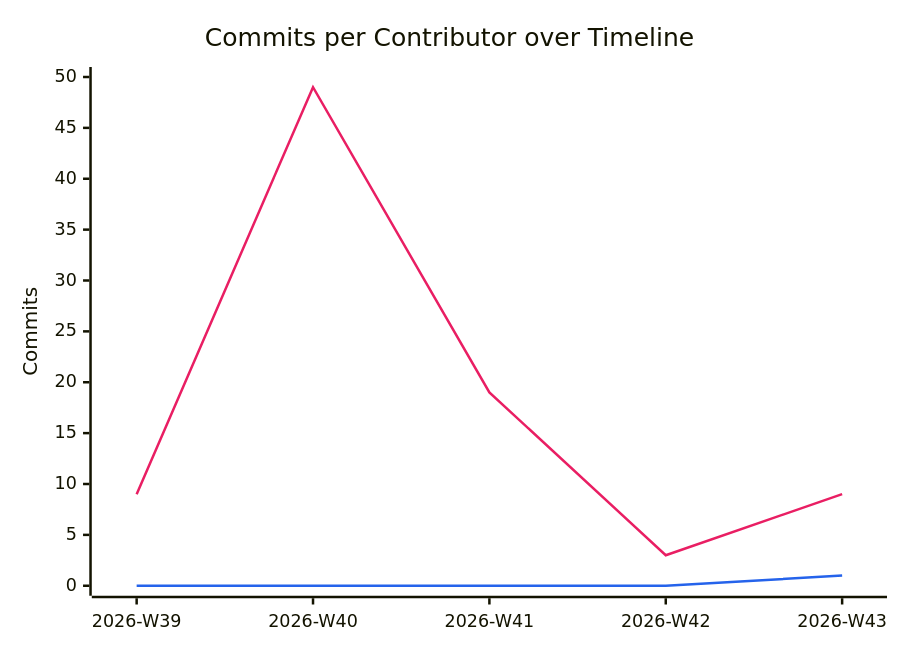
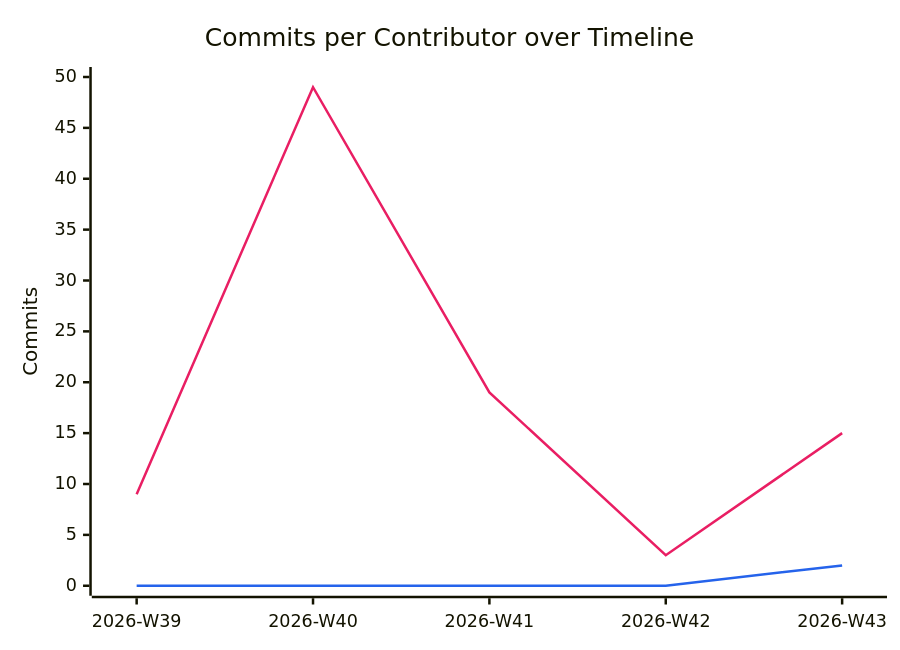
Before and after one commit to BeyondMagic/wisp: the diagram in documentation/snippets/management/commit-velocity.mmd, drawn with Mermaid. The commit also changed 2 other files, not shown here.

```diff
--- a/documentation/snippets/management/commit-velocity.mmd
+++ b/documentation/snippets/management/commit-velocity.mmd
@@ -1,7 +1,7 @@
 %%{init: {"themeVariables": {"xyChart": {"plotColorPalette": "#e91e63, #2563eb"}}}}%%
 xychart-beta
     title "Commits per Contributor over Timeline"
     x-axis ["2026-W39", "2026-W40", "2026-W41", "2026-W42", "2026-W43"]
     y-axis "Commits" 0 --> 50
-    line [9, 49, 19, 3, 9]
-    line [0, 0, 0, 0, 1]
+    line [9, 49, 19, 3, 15]
+    line [0, 0, 0, 0, 2]
```
